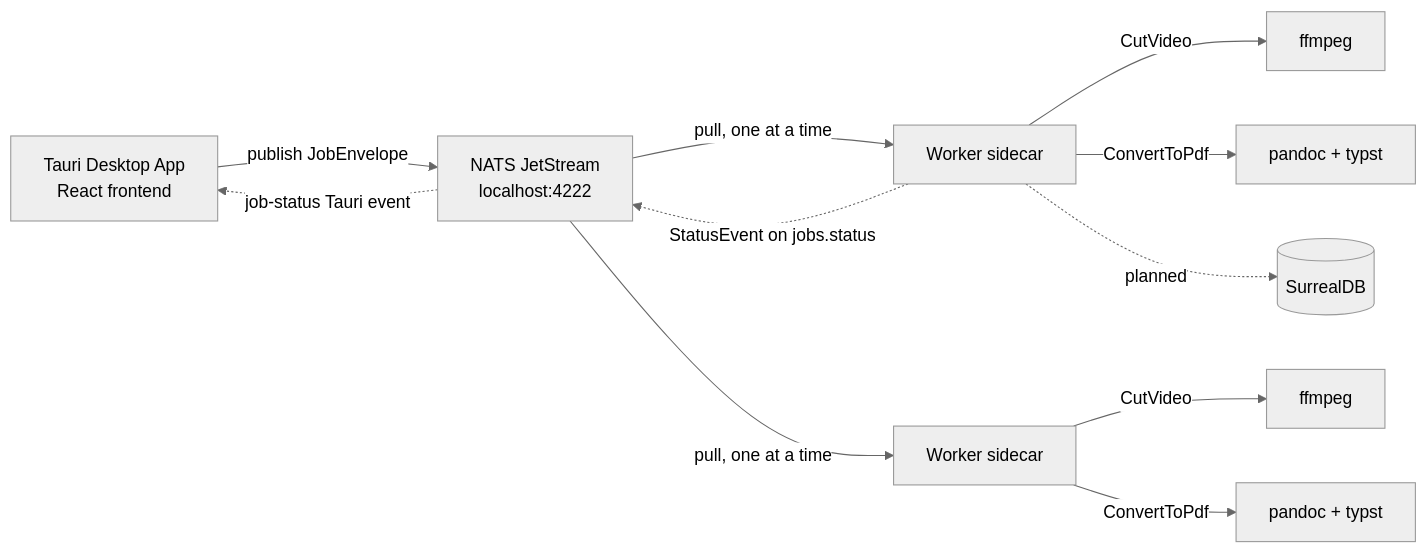
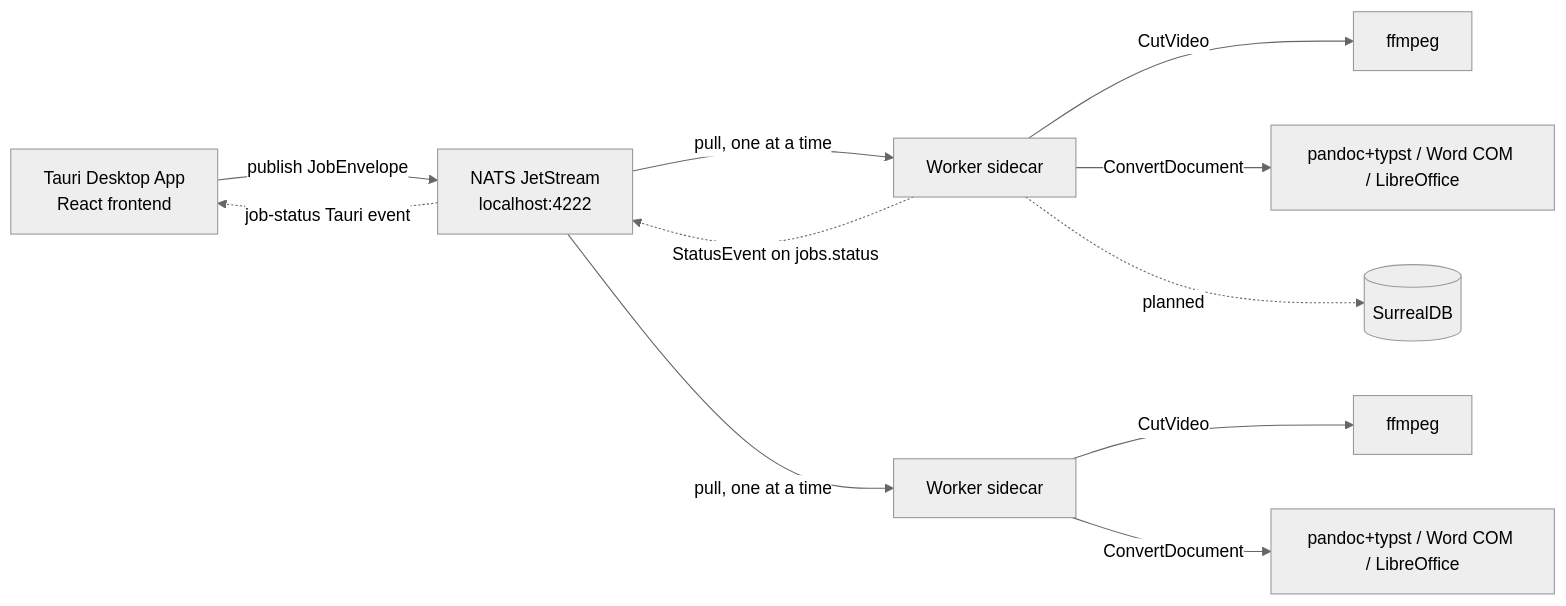
The diagram in wiki/architecture/system-overview.md (maximka76667/swiss-kyle), drawn with Mermaid (neutral theme) before and after one commit. The commit also changed other lines of this file and 11 other files, not shown here.

````diff
--- a/wiki/architecture/system-overview.md
+++ b/wiki/architecture/system-overview.md
@@ -20,13 +20,13 @@
 ```mermaid
 flowchart LR
     UI[Tauri Desktop App\nReact frontend] -->|publish JobEnvelope| NATS[NATS JetStream\nlocalhost:4222]
     NATS -->|pull, one at a time| W1[Worker sidecar]
     NATS -->|pull, one at a time| W2[Worker sidecar]
     W1 -->|CutVideo| FF[ffmpeg]
-    W1 -->|ConvertToPdf| PD[pandoc + typst]
+    W1 -->|ConvertDocument| DC[pandoc+typst / Word COM / LibreOffice]
     W2 -->|CutVideo| FF2[ffmpeg]
-    W2 -->|ConvertToPdf| PD2[pandoc + typst]
+    W2 -->|ConvertDocument| DC2[pandoc+typst / Word COM / LibreOffice]
     W1 -.->|StatusEvent on jobs.status| NATS
     NATS -.->|job-status Tauri event| UI
     W1 -.->|planned| DB[(SurrealDB)]
 ```
````
